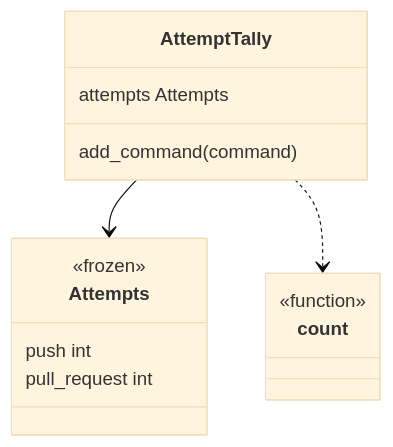
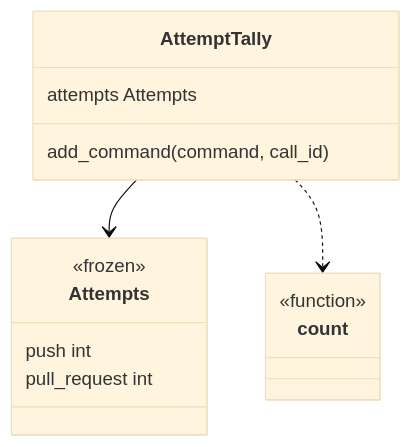
One commit to plaplanche/ariane changed the second of 3 diagrams in docs/architecture/modules/attempts.md. Above: the diagram before and after it, drawn with Mermaid (base theme). The commit also changed 2 other files, not shown here.

Commit message:
#160: fix round 1

````diff
--- a/docs/architecture/modules/attempts.md
+++ b/docs/architecture/modules/attempts.md
@@ -32,17 +32,17 @@
 ```mermaid
 classDiagram
 class Attempts {
   <<frozen>>
   push int
   pull_request int
 }
 class AttemptTally {
   attempts Attempts
-  add_command(command)
+  add_command(command, call_id)
 }
 AttemptTally --> Attempts
 AttemptTally ..> count
 class count {
   <<function>>
 }
 ```
````
